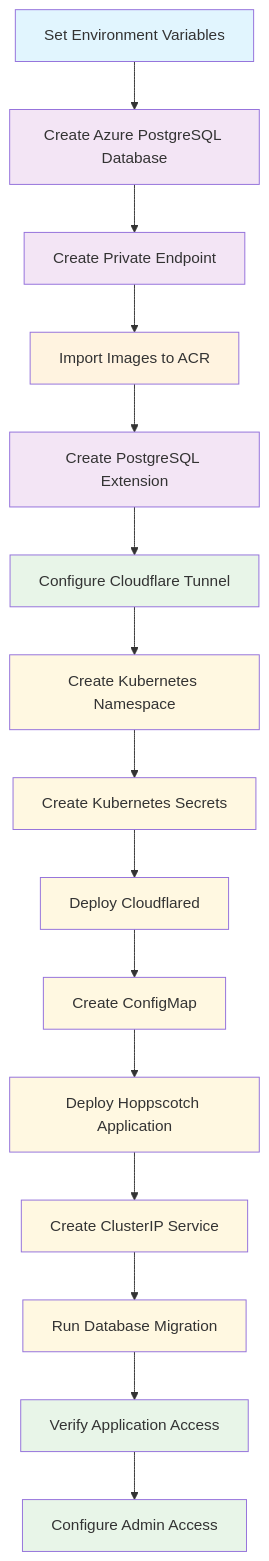
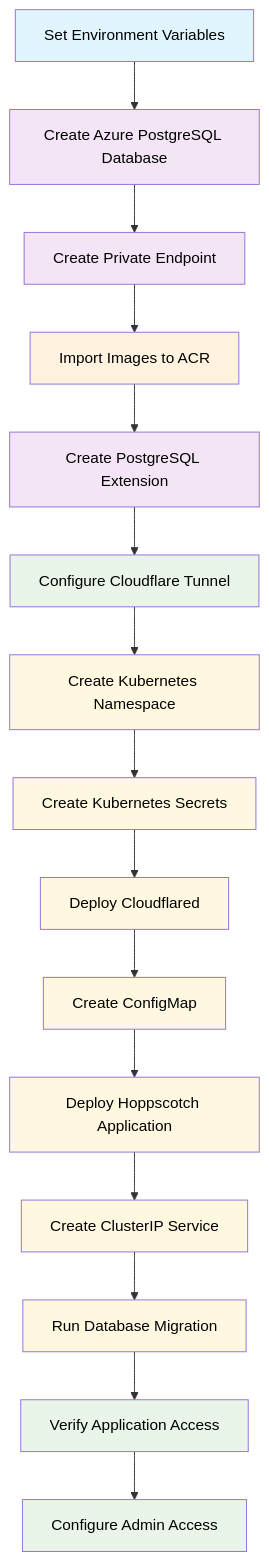
Before and after one commit to nocticdr/hoppscotch-selfhosted-aks: the diagram in readme.md, drawn with Mermaid.

Commit message:
make mermaid text black

````diff
--- a/readme.md
+++ b/readme.md
@@ -15,33 +15,33 @@
 ```mermaid
 flowchart TD
     A[Set Environment Variables] --> B[Create Azure PostgreSQL Database]
     B --> C[Create Private Endpoint]
     C --> D[Import Images to ACR]
     D --> E[Create PostgreSQL Extension]
     E --> F[Configure Cloudflare Tunnel]
     F --> G[Create Kubernetes Namespace]
     G --> H[Create Kubernetes Secrets]
     H --> I[Deploy Cloudflared]
     I --> J[Create ConfigMap]
     J --> K[Deploy Hoppscotch Application]
     K --> L[Create ClusterIP Service]
     L --> M[Run Database Migration]
     M --> N[Verify Application Access]
     N --> O[Configure Admin Access]
     
-    style A fill:#e1f5fe
-    style B fill:#f3e5f5
-    style C fill:#f3e5f5
-    style D fill:#fff3e0
-    style E fill:#f3e5f5
-    style F fill:#e8f5e8
-    style G fill:#fff8e1
-    style H fill:#fff8e1
-    style I fill:#fff8e1
-    style J fill:#fff8e1
-    style K fill:#fff8e1
-    style L fill:#fff8e1
-    style M fill:#fff8e1
-    style N fill:#e8f5e8
-    style O fill:#e8f5e8
+    style A fill:#e1f5fe,color:#000000
+    style B fill:#f3e5f5,color:#000000
+    style C fill:#f3e5f5,color:#000000
+    style D fill:#fff3e0,color:#000000
+    style E fill:#f3e5f5,color:#000000
+    style F fill:#e8f5e8,color:#000000
+    style G fill:#fff8e1,color:#000000
+    style H fill:#fff8e1,color:#000000
+    style I fill:#fff8e1,color:#000000
+    style J fill:#fff8e1,color:#000000
+    style K fill:#fff8e1,color:#000000
+    style L fill:#fff8e1,color:#000000
+    style M fill:#fff8e1,color:#000000
+    style N fill:#e8f5e8,color:#000000
+    style O fill:#e8f5e8,color:#000000
 ```
````
